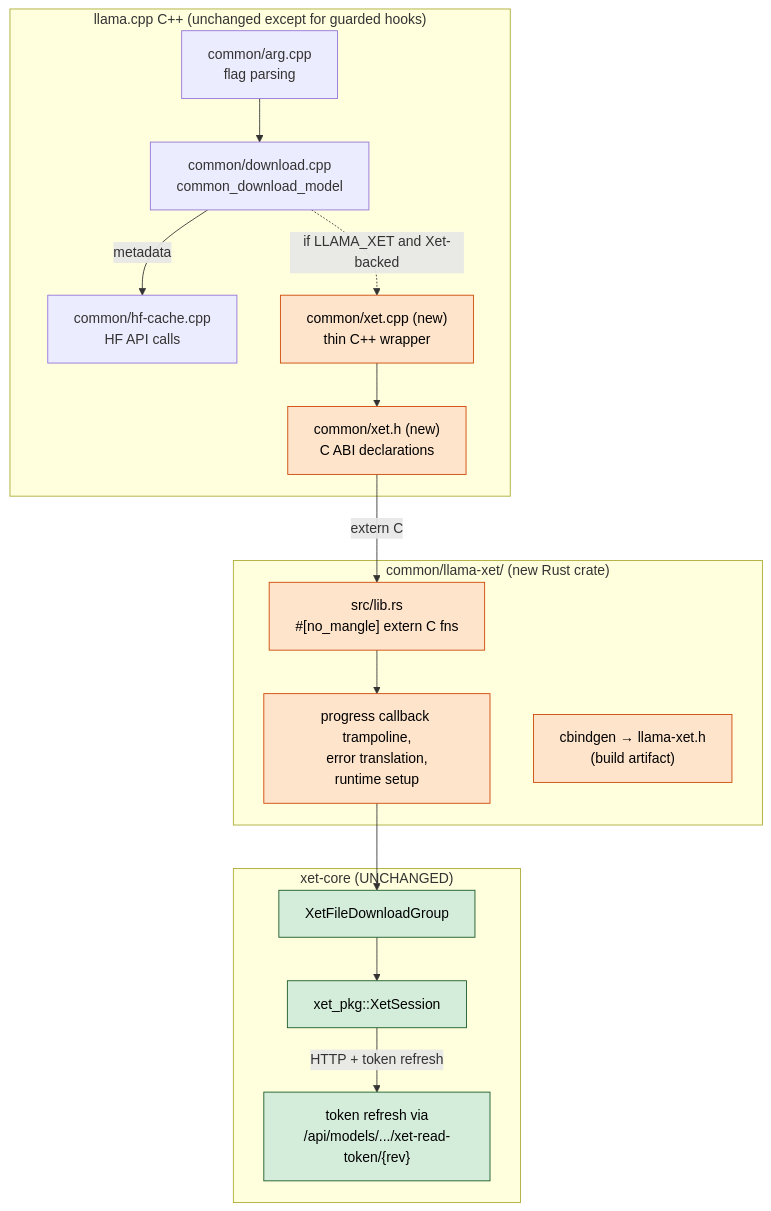
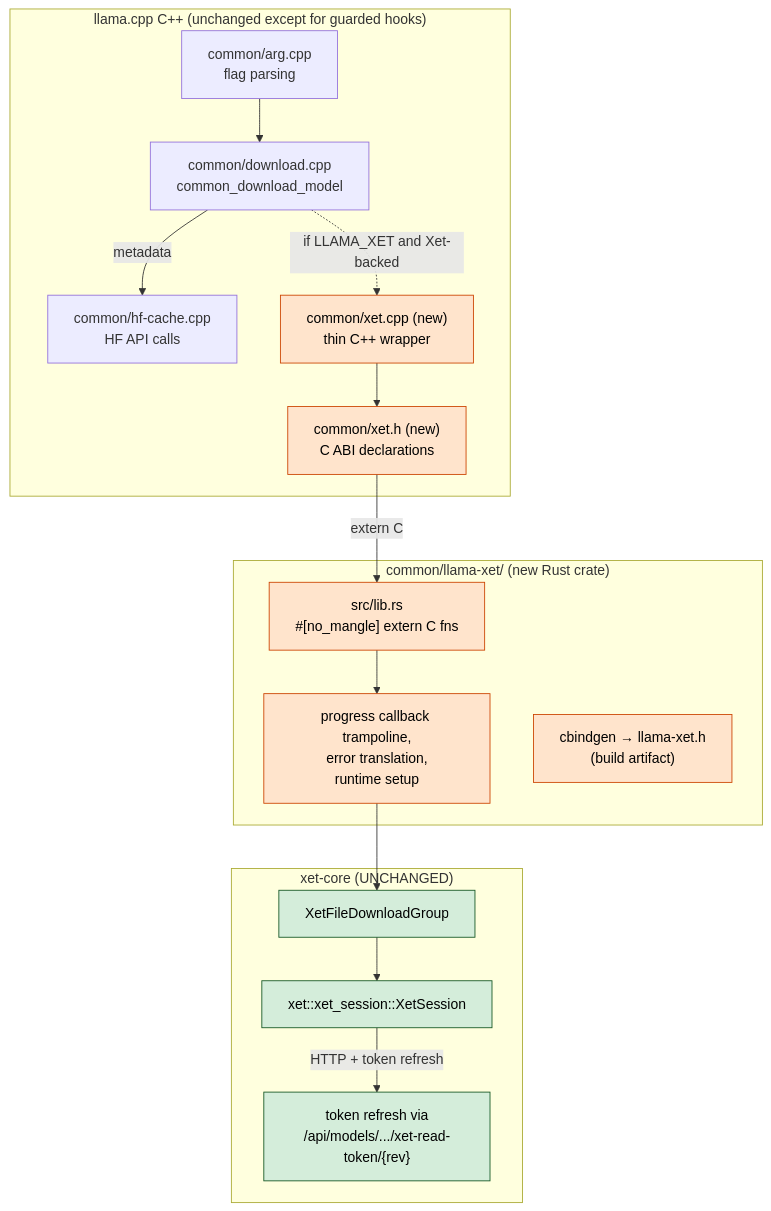
The first of 5 diagrams in docs/superpowers/specs/2026-04-23-llama-cpp-xet-integration-design.md (rajatarya/llama.cpp), drawn with Mermaid before and after one commit. The commit also changed other lines of this file and 1 other file, not shown here.

First line of the commit message:
design : correct Rust import path to xet:: (not xet_pkg::)

````diff
--- a/docs/superpowers/specs/2026-04-23-llama-cpp-xet-integration-design.md
+++ b/docs/superpowers/specs/2026-04-23-llama-cpp-xet-integration-design.md
@@ -45,35 +45,35 @@
 ```mermaid
 flowchart TB
     subgraph CPP["llama.cpp C++ (unchanged except for guarded hooks)"]
         ARG["common/arg.cpp<br/>flag parsing"]
         DL["common/download.cpp<br/>common_download_model"]
         HFC["common/hf-cache.cpp<br/>HF API calls"]
         XET_H["common/xet.h (new)<br/>C ABI declarations"]
         XET_CPP["common/xet.cpp (new)<br/>thin C++ wrapper"]
     end
 
     subgraph RUST["common/llama-xet/ (new Rust crate)"]
         FFI["src/lib.rs<br/>#[no_mangle] extern C fns"]
         BRIDGE["progress callback trampoline,<br/>error translation,<br/>runtime setup"]
         CBG["cbindgen → llama-xet.h<br/>(build artifact)"]
     end
 
     subgraph XC["xet-core (UNCHANGED)"]
-        SESSION["xet_pkg::XetSession"]
+        SESSION["xet::xet_session::XetSession"]
         GROUP["XetFileDownloadGroup"]
         TOK["token refresh via<br/>/api/models/.../xet-read-token/{rev}"]
     end
 
     ARG --> DL
     DL -- "metadata" --> HFC
     DL -. "if LLAMA_XET and Xet-backed" .-> XET_CPP
     XET_CPP --> XET_H
     XET_H -- "extern C" --> FFI
     FFI --> BRIDGE --> GROUP --> SESSION
     SESSION -- "HTTP + token refresh" --> TOK
 
     classDef new fill:#ffe4cc,stroke:#cc4400,color:#000
     classDef unchanged fill:#d4edda,stroke:#155724,color:#000
     class XET_H,XET_CPP,FFI,BRIDGE,CBG new
     class SESSION,GROUP,TOK unchanged
 ```
````
